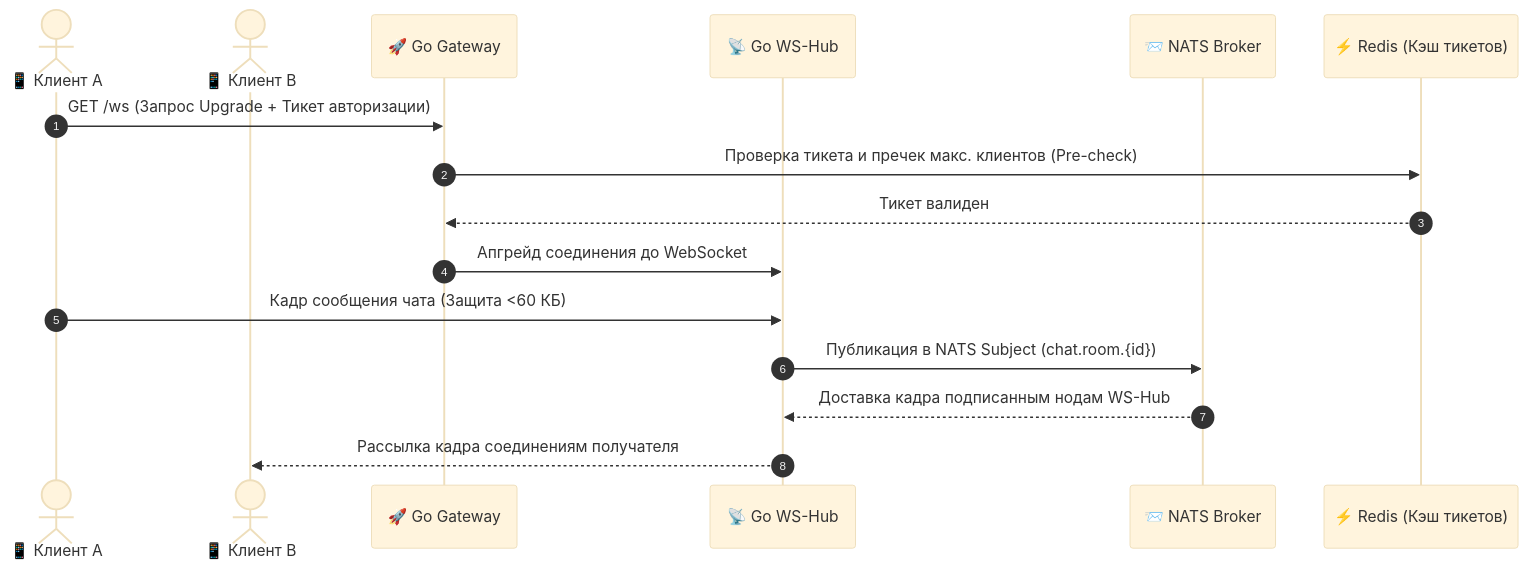
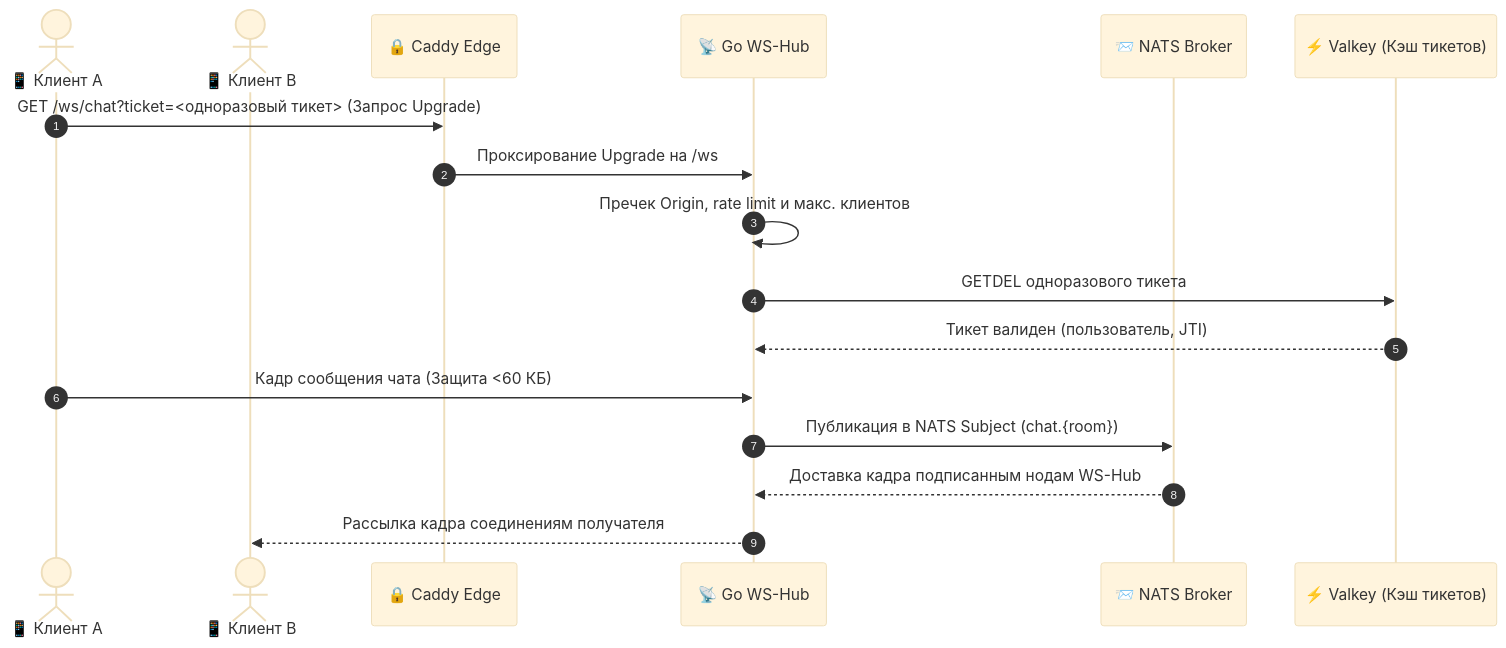
Before and after one commit to egorribun/university_ecosystem: the third of 3 diagrams in README.ru.md, drawn with Mermaid (base theme). The commit also changed other lines of this file and 2097 other files, not shown here.

````diff
--- a/README.ru.md
+++ b/README.ru.md
@@ -171,19 +175,20 @@
 ```mermaid
 sequenceDiagram
     autonumber
     actor ClientA as 📱 Клиент A
     actor ClientB as 📱 Клиент B
-    participant Gateway as 🚀 Go Gateway
+    participant Caddy as 🔒 Caddy Edge
     participant WSHub as 📡 Go WS-Hub
     participant NATS as 📨 NATS Broker
-    participant Redis as ⚡ Redis (Кэш тикетов)
+    participant Redis as ⚡ Valkey (Кэш тикетов)
 
-    ClientA->>Gateway: GET /ws (Запрос Upgrade + Тикет авторизации)
-    Gateway->>Redis: Проверка тикета и пречек макс. клиентов (Pre-check)
-    Redis-->>Gateway: Тикет валиден
-    Gateway->>WSHub: Апгрейд соединения до WebSocket
+    ClientA->>Caddy: GET /ws/chat?ticket=<одноразовый тикет> (Запрос Upgrade)
+    Caddy->>WSHub: Проксирование Upgrade на /ws
+    WSHub->>WSHub: Пречек Origin, rate limit и макс. клиентов
+    WSHub->>Redis: GETDEL одноразового тикета
+    Redis-->>WSHub: Тикет валиден (пользователь, JTI)
     ClientA->>WSHub: Кадр сообщения чата (Защита <60 КБ)
-    WSHub->>NATS: Публикация в NATS Subject (chat.room.{id})
+    WSHub->>NATS: Публикация в NATS Subject (chat.{room})
     NATS-->>WSHub: Доставка кадра подписанным нодам WS-Hub
     WSHub-->>ClientB: Рассылка кадра соединениям получателя
 ```
````
